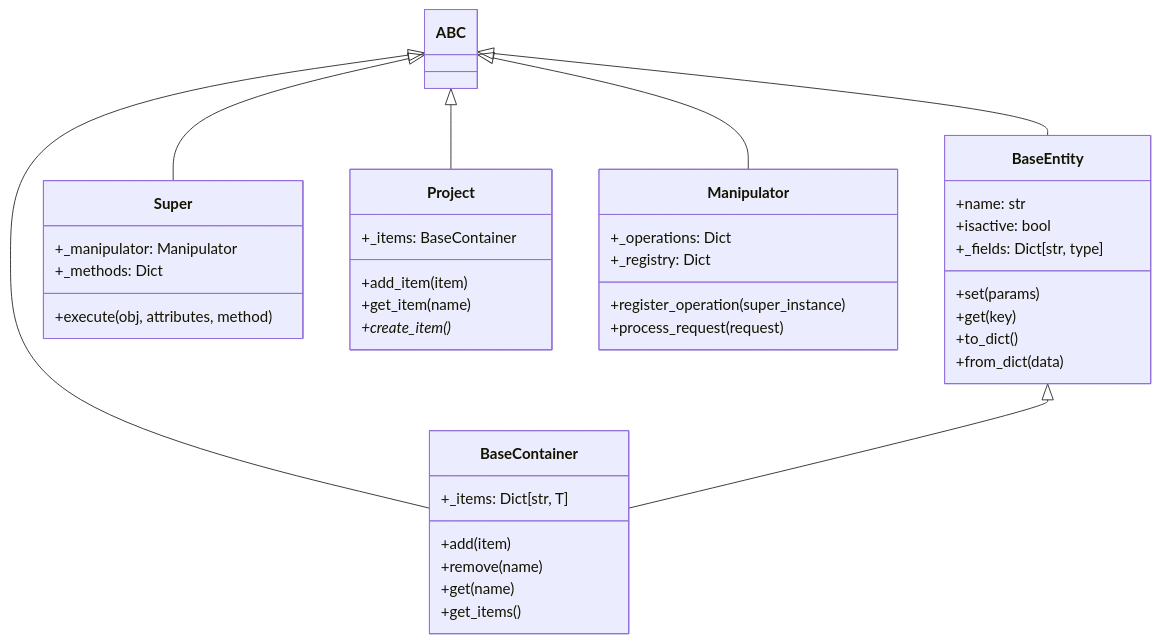
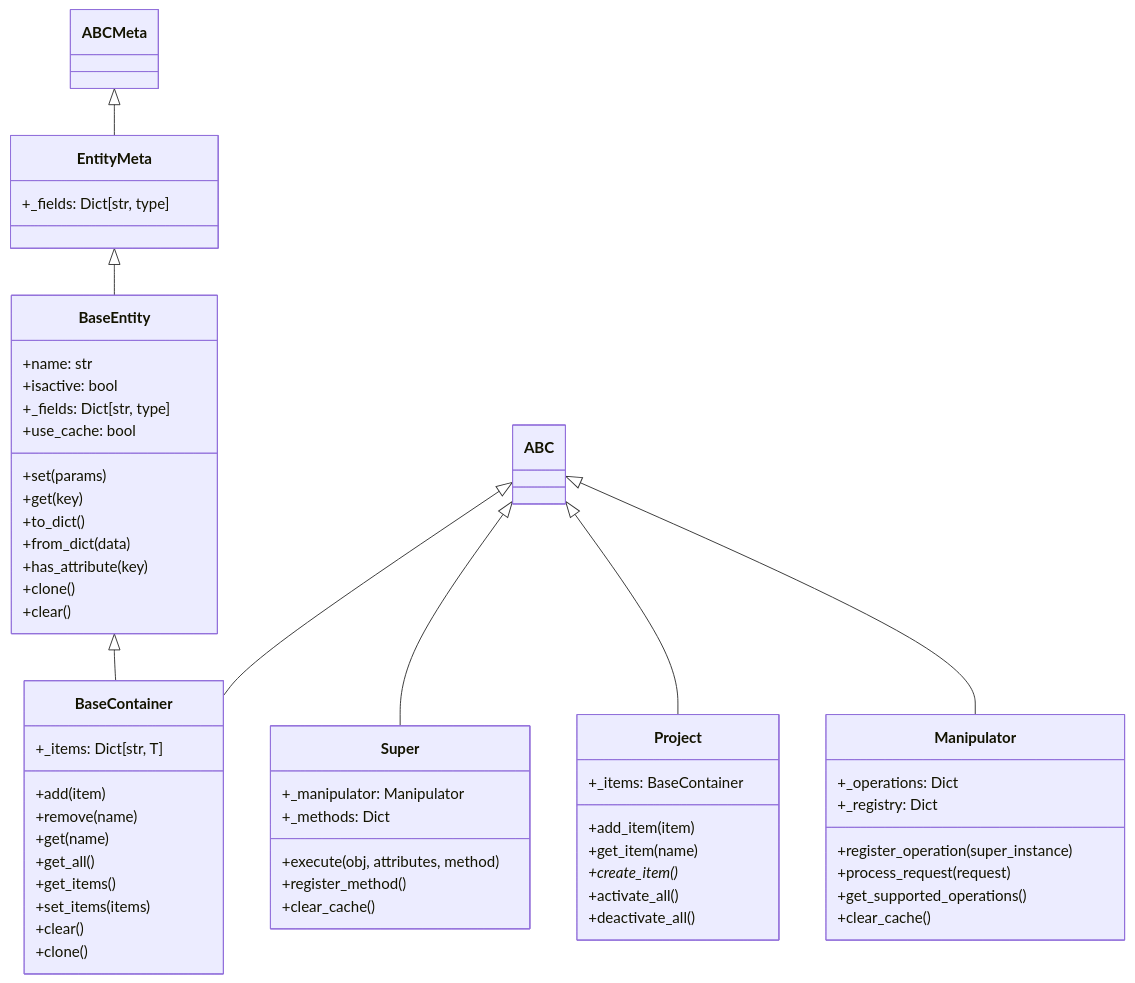
The first of 3 diagrams in docs/architecture.md (Torward1024/MSB), drawn with Mermaid before and after one commit. The commit also changed other lines of this file and 7 other files, not shown here.

````diff
--- a/docs/architecture.md
+++ b/docs/architecture.md
@@ -38,47 +38,66 @@
 ```mermaid
 classDiagram
-    ABC <|-- BaseEntity
-    ABC <|-- BaseContainer
-    BaseEntity <|-- BaseContainer
-    ABC <|-- Super
-    ABC <|-- Project
-    ABC <|-- Manipulator
+     ABCMeta <|-- EntityMeta
+     EntityMeta <|-- BaseEntity
+     ABC <|-- BaseContainer
+     BaseEntity <|-- BaseContainer
+     ABC <|-- Super
+     ABC <|-- Project
+     ABC <|-- Manipulator
 
-    class BaseEntity {
-        +name: str
-        +isactive: bool
-        +_fields: Dict[str, type]
-        +set(params)
-        +get(key)
-        +to_dict()
-        +from_dict(data)
-    }
+     class EntityMeta {
+         +_fields: Dict[str, type]
+     }
 
-    class BaseContainer {
-        +_items: Dict[str, T]
-        +add(item)
-        +remove(name)
-        +get(name)
-        +get_items()
-    }
+     class BaseEntity {
+         +name: str
+         +isactive: bool
+         +_fields: Dict[str, type]
+         +use_cache: bool
+         +set(params)
+         +get(key)
+         +to_dict()
+         +from_dict(data)
+         +has_attribute(key)
+         +clone()
+         +clear()
+     }
 
-    class Super {
-        +_manipulator: Manipulator
-        +_methods: Dict
-        +execute(obj, attributes, method)
-    }
+     class BaseContainer {
+         +_items: Dict[str, T]
+         +add(item)
+         +remove(name)
+         +get(name)
+         +get_all()
+         +get_items()
+         +set_items(items)
+         +clear()
+         +clone()
+     }
 
-    class Project {
-        +_items: BaseContainer
-        +add_item(item)
-        +get_item(name)
-        +create_item()*
-    }
+     class Super {
+         +_manipulator: Manipulator
+         +_methods: Dict
+         +execute(obj, attributes, method)
+         +register_method()
+         +clear_cache()
+     }
 
-    class Manipulator {
-        +_operations: Dict
-        +_registry: Dict
-        +register_operation(super_instance)
-        +process_request(request)
-    }
+     class Project {
+         +_items: BaseContainer
+         +add_item(item)
+         +get_item(name)
+         +create_item()*
+         +activate_all()
+         +deactivate_all()
+     }
+
+     class Manipulator {
+         +_operations: Dict
+         +_registry: Dict
+         +register_operation(super_instance)
+         +process_request(request)
+         +get_supported_operations()
+         +clear_cache()
+     }
 ```
````
